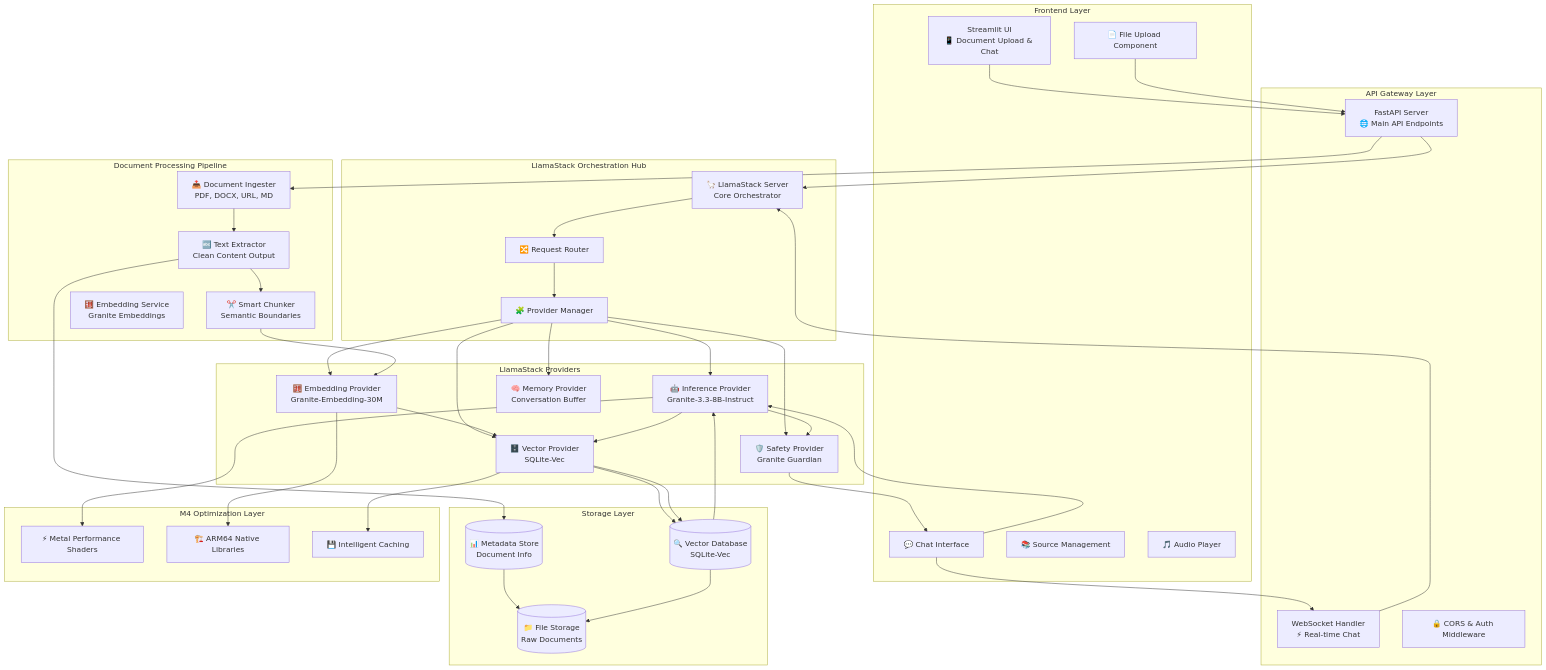
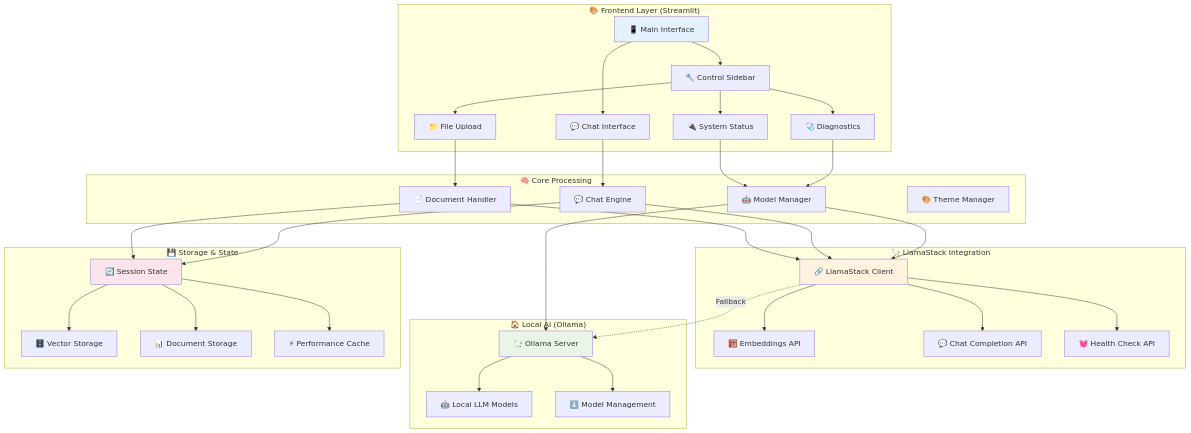
Before and after one commit to abhijeet-dhumal/llama-stack-rag: the first of 5 diagrams in README.md, drawn with Mermaid. The commit also changed other lines of this file and 48 other files, not shown here.

Commit message:
feat: Add support for multiple input source types for more effective llama stack workflow and integrations

````diff
--- a/README.md
+++ b/README.md
@@ -28,93 +63,77 @@
 ```mermaid
 graph TB
-    subgraph "Frontend Layer"
-        UI[Streamlit UI<br/>📱 Document Upload & Chat]
-        UPLOAD[📄 File Upload Component]
+    subgraph "🎨 Frontend Layer (Streamlit)"
+        UI[📱 Main Interface]
+        SIDEBAR[🔧 Control Sidebar]
         CHAT[💬 Chat Interface]
-        SOURCES[📚 Source Management]
-        AUDIO[🎵 Audio Player]
+        UPLOAD[📁 File Upload]
+        STATUS[🔌 System Status]
+        DIAG[🩺 Diagnostics]
     end
     
-    subgraph "API Gateway Layer"
-        API[FastAPI Server<br/>🌐 Main API Endpoints]
-        WS[WebSocket Handler<br/>⚡ Real-time Chat]
-        MIDDLEWARE[🔒 CORS & Auth Middleware]
+    subgraph "🧠 Core Processing"
+        DOC_HANDLER[📄 Document Handler]
+        CHAT_ENGINE[💬 Chat Engine]
+        MODEL_MGR[🤖 Model Manager]
+        THEME_MGR[🎨 Theme Manager]
     end
     
-    subgraph "LlamaStack Orchestration Hub"
-        LS[🦙 LlamaStack Server<br/>Core Orchestrator]
-        ROUTER[🔀 Request Router]
-        PROVIDERS[🧩 Provider Manager]
+    subgraph "🦙 LlamaStack Integration"
+        LS_CLIENT[🔗 LlamaStack Client]
+        EMBED_API[🧮 Embeddings API]
+        CHAT_API[💬 Chat Completion API]
+        HEALTH_API[💓 Health Check API]
     end
     
-    subgraph "Document Processing Pipeline"
-        INGEST[📥 Document Ingester<br/>PDF, DOCX, URL, MD]
-        EXTRACT[🔤 Text Extractor<br/>Clean Content Output]
-        CHUNK[✂️ Smart Chunker<br/>Semantic Boundaries]
-        EMBED[🧮 Embedding Service<br/>Granite Embeddings]
+    subgraph "🏠 Local AI (Ollama)"
+        OLLAMA[🦙 Ollama Server]
+        LOCAL_LLM[🤖 Local LLM Models]
+        MODEL_PULL[⬇️ Model Management]
     end
     
-    subgraph "LlamaStack Providers"
-        INF_PROV[🤖 Inference Provider<br/>Granite-3.3-8B-Instruct]
-        EMB_PROV[🧮 Embedding Provider<br/>Granite-Embedding-30M]
-        VEC_PROV[🗄️ Vector Provider<br/>SQLite-Vec]
-        MEM_PROV[🧠 Memory Provider<br/>Conversation Buffer]
-        SAFE_PROV[🛡️ Safety Provider<br/>Granite Guardian]
-    end
-    
-    subgraph "Storage Layer"
-        VDB[(🔍 Vector Database<br/>SQLite-Vec)]
-        META[(📊 Metadata Store<br/>Document Info)]
-        FILES[(📁 File Storage<br/>Raw Documents)]
-    end
-    
-    subgraph "M4 Optimization Layer"
-        MPS[⚡ Metal Performance Shaders]
-        ARM[🏗️ ARM64 Native Libraries]
-        CACHE[💾 Intelligent Caching]
+    subgraph "💾 Storage & State"
+        SESSION[🔄 Session State]
+        VECTOR_DB[🗄️ Vector Storage]
+        DOC_STORE[📊 Document Storage]
+        CACHE[⚡ Performance Cache]
     end
     
     %% User Interactions
-    UI --> API
-    UPLOAD --> API
-    CHAT --> WS
+    UI --> SIDEBAR
+    SIDEBAR --> STATUS
+    SIDEBAR --> UPLOAD
+    SIDEBAR --> DIAG
+    UI --> CHAT
     
-    %% API to LlamaStack
-    API --> LS
-    WS --> LS
+    %% Core Processing Flow
+    UPLOAD --> DOC_HANDLER
+    CHAT --> CHAT_ENGINE
+    STATUS --> MODEL_MGR
+    DIAG --> MODEL_MGR
     
-    %% LlamaStack Internal Flow
-    LS --> ROUTER
-    ROUTER --> PROVIDERS
-    PROVIDERS --> INF_PROV
-    PROVIDERS --> EMB_PROV
-    PROVIDERS --> VEC_PROV
-    PROVIDERS --> MEM_PROV
-    PROVIDERS --> SAFE_PROV
+    %% LlamaStack Integration
+    DOC_HANDLER --> LS_CLIENT
+    CHAT_ENGINE --> LS_CLIENT
+    MODEL_MGR --> LS_CLIENT
+    LS_CLIENT --> EMBED_API
+    LS_CLIENT --> CHAT_API
+    LS_CLIENT --> HEALTH_API
     
-    %% Document Processing Pipeline
-    API --> INGEST
-    INGEST --> EXTRACT
-    EXTRACT --> CHUNK
-    CHUNK --> EMB_PROV
-    EMB_PROV --> VEC_PROV
-    VEC_PROV --> VDB
-    EXTRACT --> META
+    %% Ollama Fallback
+    LS_CLIENT -.->|Fallback| OLLAMA
+    MODEL_MGR --> OLLAMA
+    OLLAMA --> LOCAL_LLM
+    OLLAMA --> MODEL_PULL
     
-    %% RAG Query Flow
-    CHAT --> INF_PROV
-    INF_PROV --> VEC_PROV
-    VEC_PROV --> VDB
-    VDB --> INF_PROV
-    INF_PROV --> SAFE_PROV
-    SAFE_PROV --> CHAT
+    %% Storage Layer
+    DOC_HANDLER --> SESSION
+    CHAT_ENGINE --> SESSION
+    SESSION --> VECTOR_DB
+    SESSION --> DOC_STORE
+    SESSION --> CACHE
     
-    %% M4 Optimization
-    INF_PROV --> MPS
-    EMB_PROV --> ARM
-    VEC_PROV --> CACHE
-    
-    %% Storage Connections
-    META --> FILES
-    VDB --> FILES
+    style UI fill:#e3f2fd
+    style LS_CLIENT fill:#fff3e0
+    style OLLAMA fill:#e8f5e8
+    style SESSION fill:#fce4ec
 ```
````
